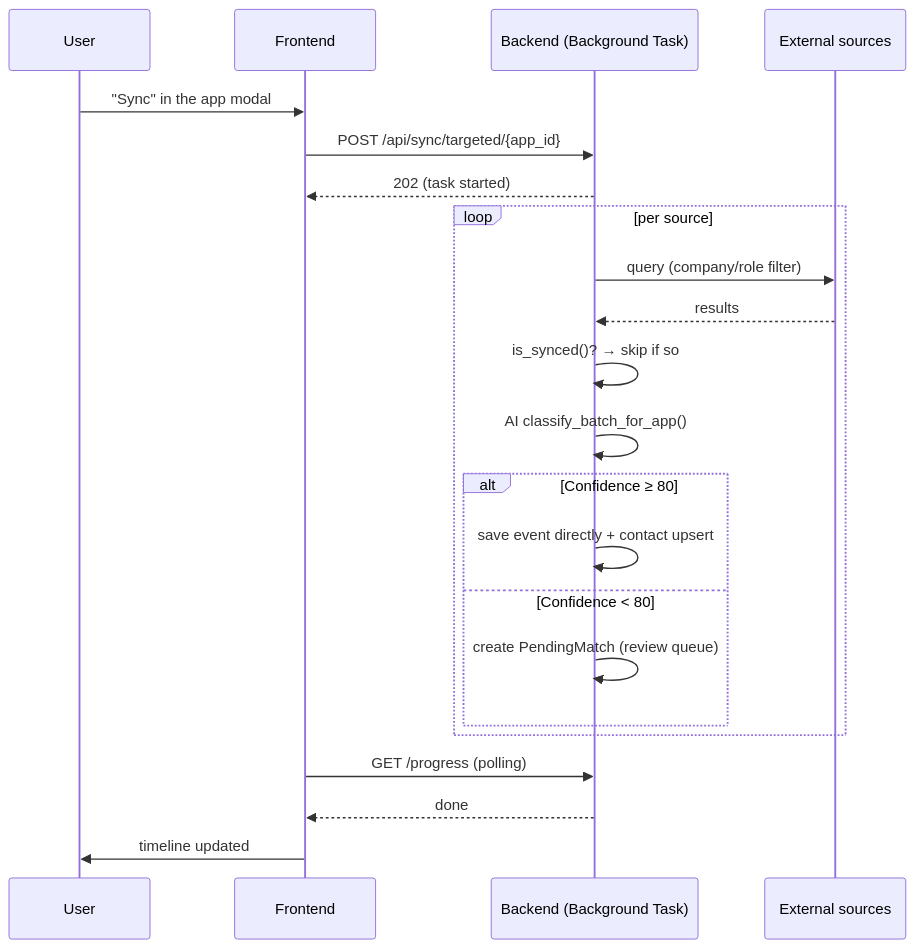
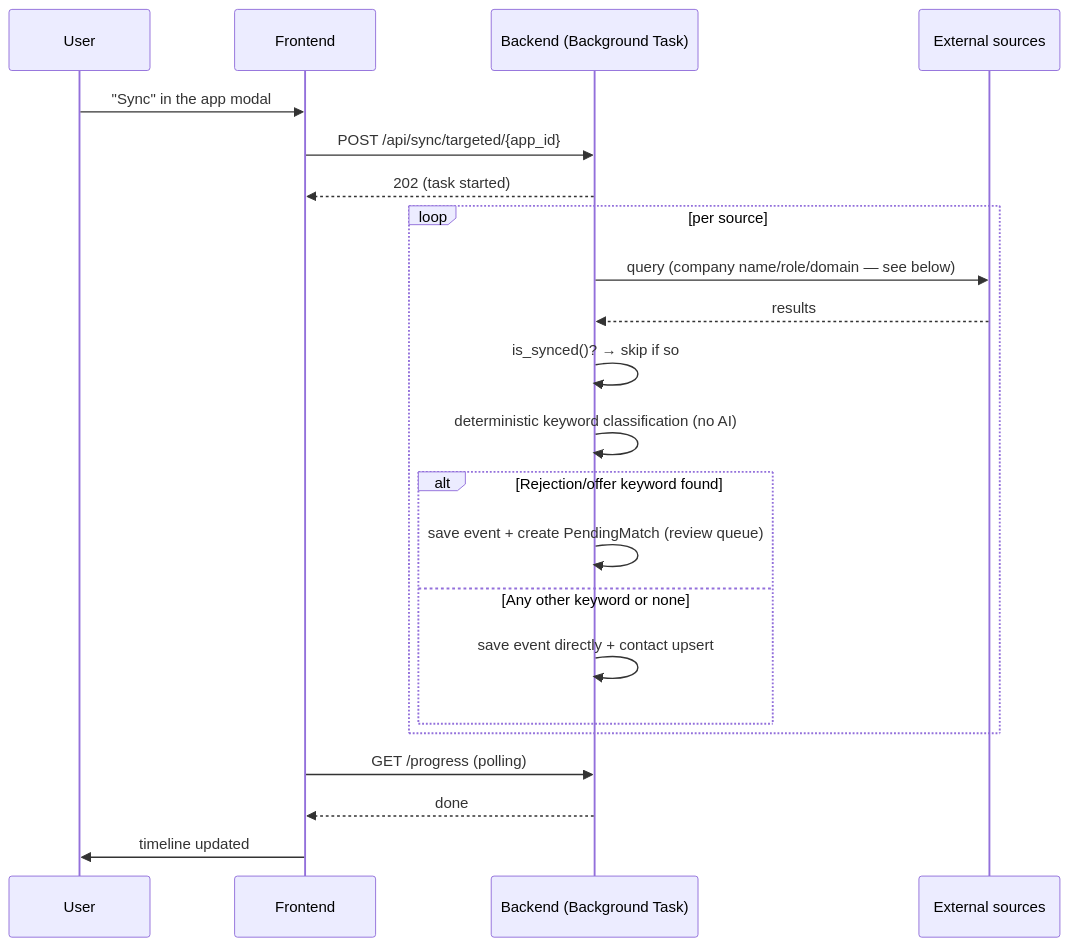
The third of 9 diagrams in docs/ARCHITECTURE.md (EGulinsky/rapport), drawn with Mermaid before and after one commit. The commit also changed other lines of this file and 10 other files, not shown here.

````diff
--- a/docs/ARCHITECTURE.md
+++ b/docs/ARCHITECTURE.md
@@ -429,25 +429,25 @@
 ```mermaid
 sequenceDiagram
     participant U as User
     participant FE as Frontend
     participant BE as Backend (Background Task)
     participant Src as External sources
 
     U->>FE: "Sync" in the app modal
     FE->>BE: POST /api/sync/targeted/{app_id}
     BE-->>FE: 202 (task started)
     loop per source
-        BE->>Src: query (company/role filter)
+        BE->>Src: query (company name/role/domain — see below)
         Src-->>BE: results
         BE->>BE: is_synced()? → skip if so
-        BE->>BE: AI classify_batch_for_app()
-        alt Confidence ≥ 80
+        BE->>BE: deterministic keyword classification (no AI)
+        alt Rejection/offer keyword found
+            BE->>BE: save event + create PendingMatch (review queue)
+        else Any other keyword or none
             BE->>BE: save event directly + contact upsert
-        else Confidence < 80
-            BE->>BE: create PendingMatch (review queue)
         end
     end
     FE->>BE: GET /progress (polling)
     BE-->>FE: done
     FE->>U: timeline updated
 ```
````
